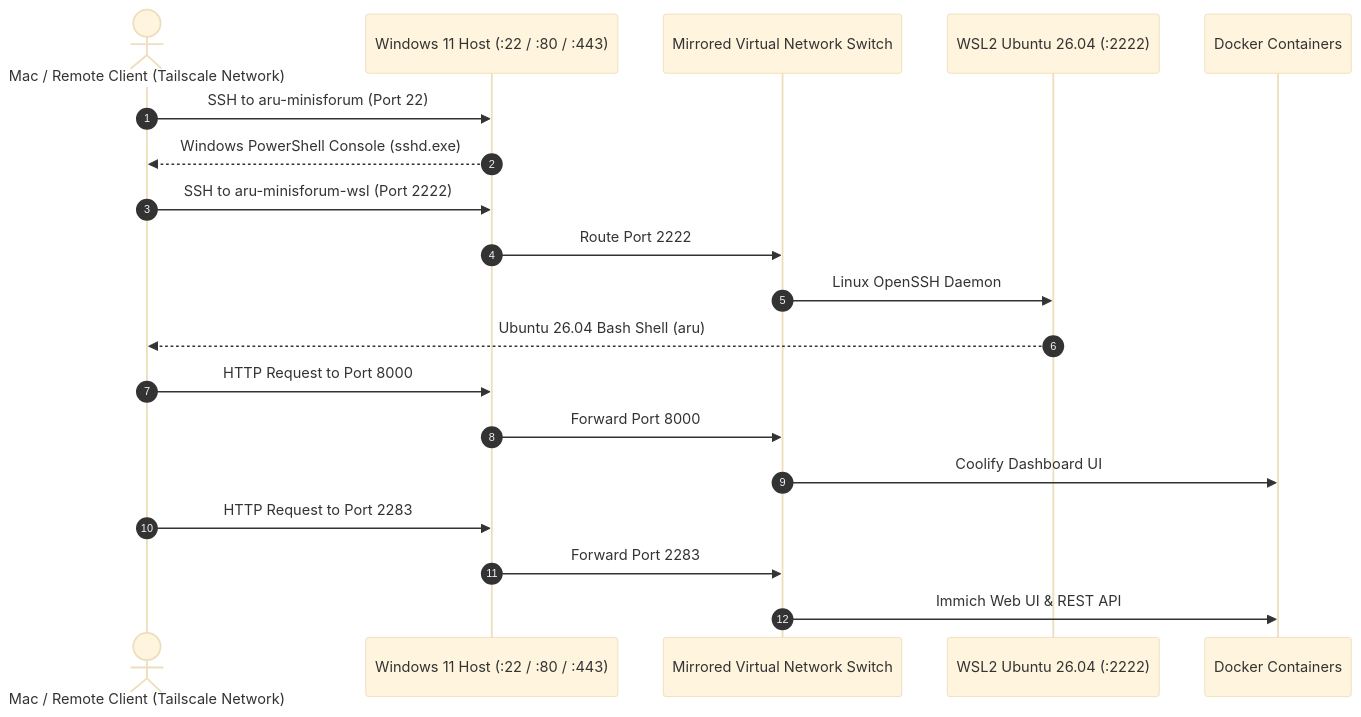
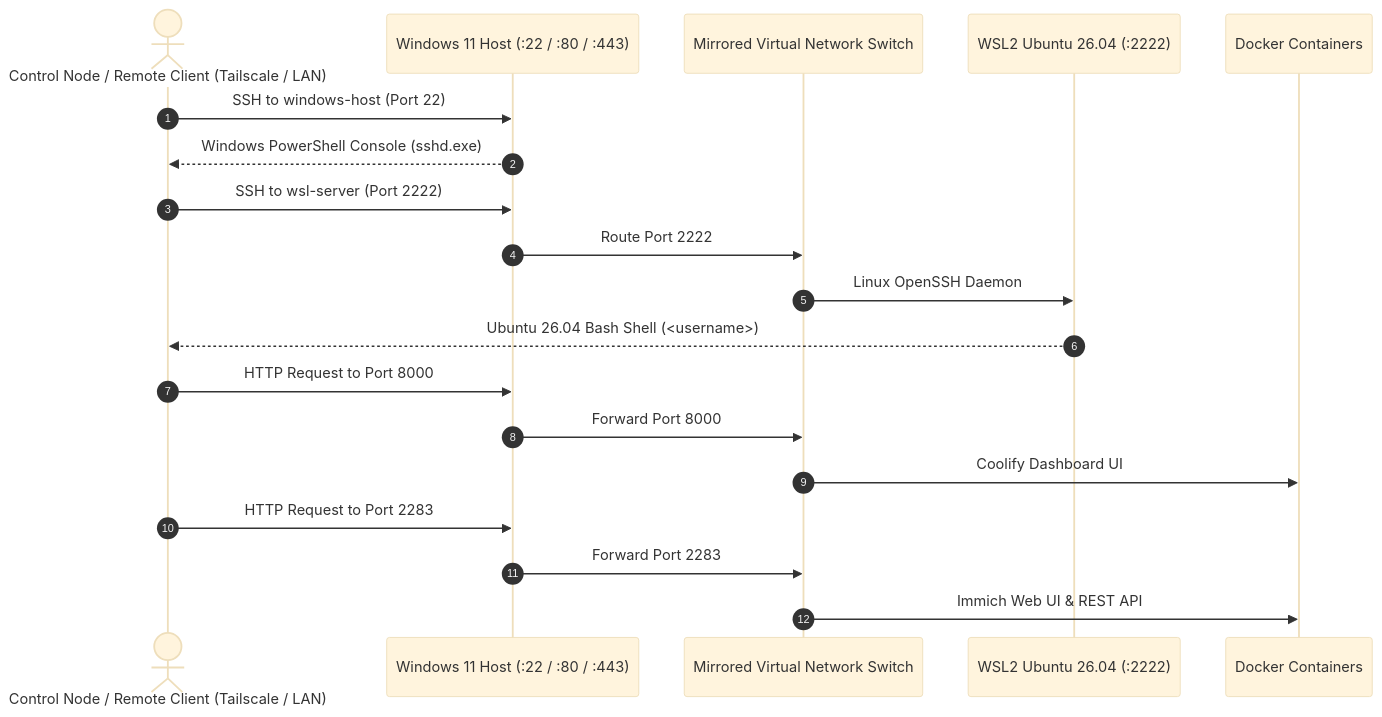
Before and after one commit to mbabros/windows-server: the second of 5 diagrams in docs/ARCHITECTURE.md, drawn with Mermaid (base theme). The commit also changed other lines of this file and 5 other files, not shown here.

````diff
--- a/docs/ARCHITECTURE.md
+++ b/docs/ARCHITECTURE.md
@@ -81,25 +81,25 @@
 ```mermaid
 sequenceDiagram
     autonumber
-    actor Client as Mac / Remote Client (Tailscale Network)
+    actor Client as Control Node / Remote Client (Tailscale / LAN)
     participant Host as Windows 11 Host (:22 / :80 / :443)
     participant MirroredNet as Mirrored Virtual Network Switch
     participant WSL as WSL2 Ubuntu 26.04 (:2222)
     participant Docker as Docker Containers
 
-    Client->>Host: SSH to aru-minisforum (Port 22)
+    Client->>Host: SSH to windows-host (Port 22)
     Host-->>Client: Windows PowerShell Console (sshd.exe)
 
-    Client->>Host: SSH to aru-minisforum-wsl (Port 2222)
+    Client->>Host: SSH to wsl-server (Port 2222)
     Host->>MirroredNet: Route Port 2222
     MirroredNet->>WSL: Linux OpenSSH Daemon
-    WSL-->>Client: Ubuntu 26.04 Bash Shell (aru)
+    WSL-->>Client: Ubuntu 26.04 Bash Shell (<username>)
 
     Client->>Host: HTTP Request to Port 8000
     Host->>MirroredNet: Forward Port 8000
     MirroredNet->>Docker: Coolify Dashboard UI
 
     Client->>Host: HTTP Request to Port 2283
     Host->>MirroredNet: Forward Port 2283
     MirroredNet->>Docker: Immich Web UI & REST API
 ```
````
